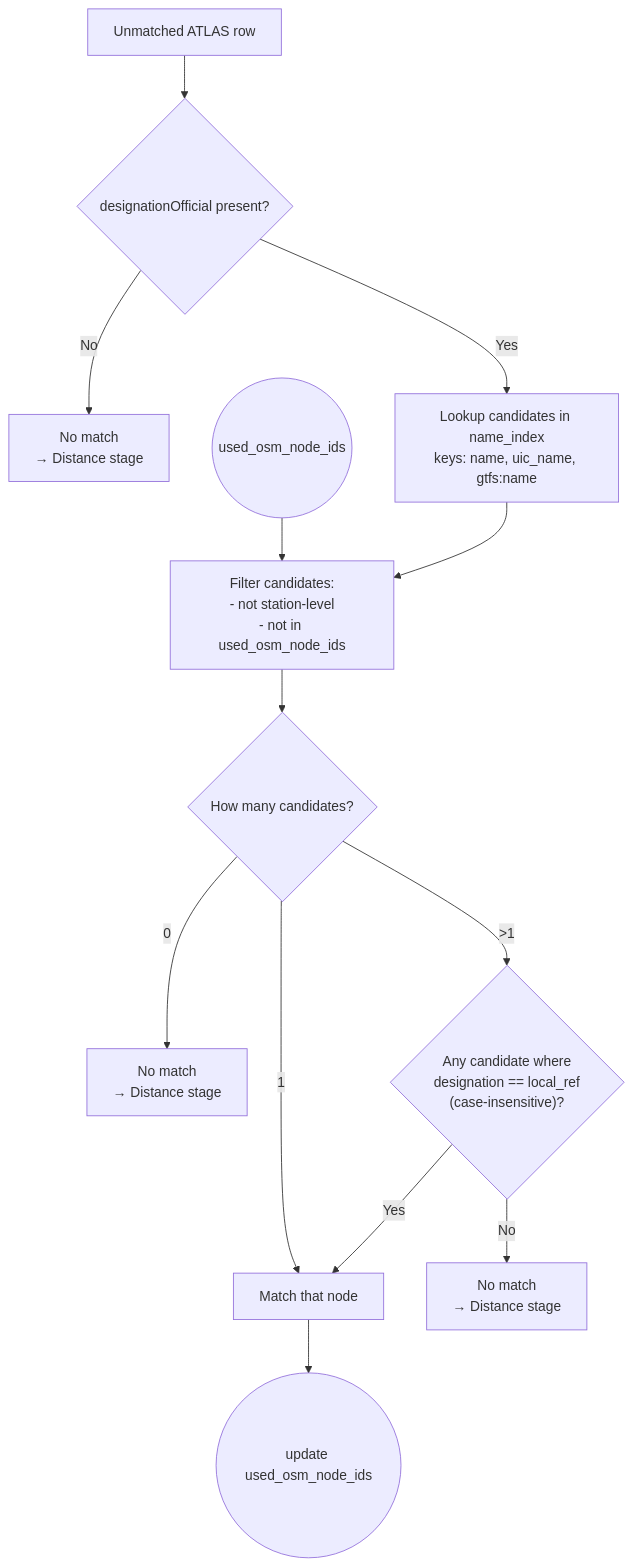
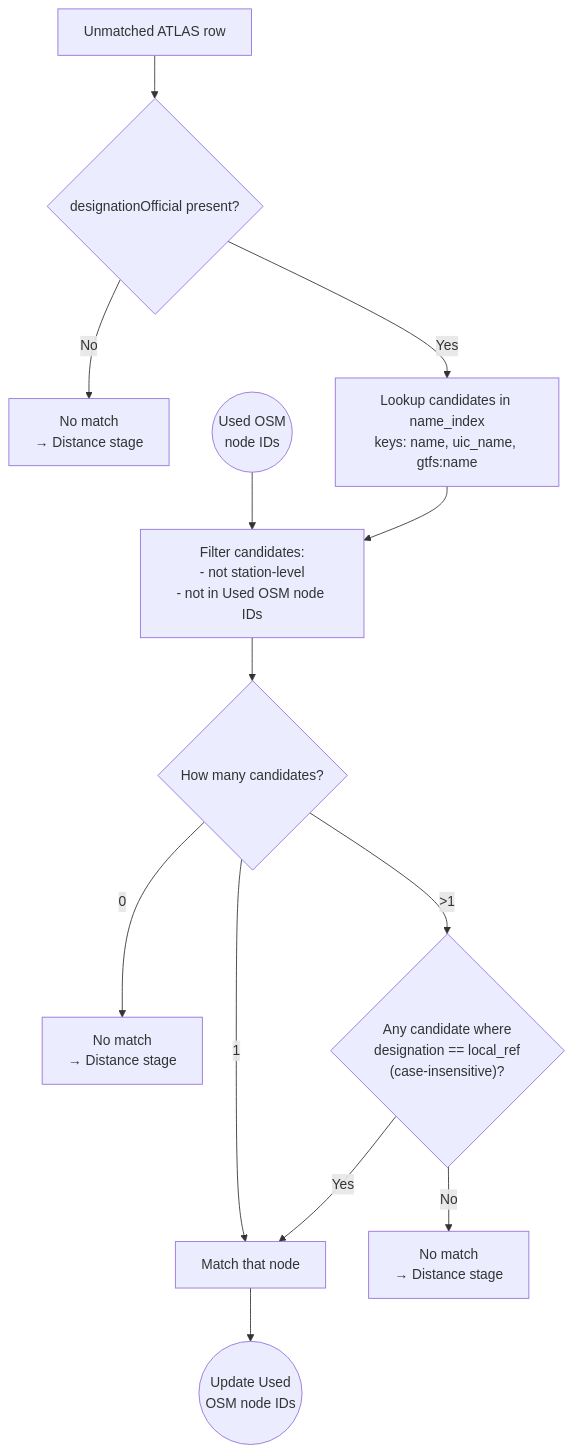
One commit to openTdataCH/stop_sync_osm_atlas changed the diagram in documentation/2.2 Name matching.md. Above: the diagram before and after it, drawn with Mermaid. The commit also changed 6 other files, not shown here.

````diff
--- a/documentation/2.2 Name matching.md
+++ b/documentation/2.2 Name matching.md
@@ -5,15 +5,15 @@
 ```mermaid
 flowchart TB
     A["Unmatched ATLAS row"] --> Z{"designationOfficial present?"}
     Z -->|No| N0["No match<br/>→ Distance stage"]
     Z -->|Yes| K["Lookup candidates in name_index<br/>keys: name, uic_name, gtfs:name"]
-    U((used_osm_node_ids)) --> F
-    K --> F["Filter candidates:<br/>- not station-level<br/>- not in used_osm_node_ids"]
+    U(("Used OSM<br/>node IDs")) --> F
+    K --> F["Filter candidates:<br/>- not station-level<br/>- not in Used OSM node IDs"]
     F --> S{"How many candidates?"}
     S -->|0| N1["No match<br/>→ Distance stage"]
     S -->|1| M[Match that node]
     S -->|">1"| D{"Any candidate where<br/>designation == local_ref<br/>(case-insensitive)?"}
     D -->|Yes| M
     D -->|No| N2["No match<br/>→ Distance stage"]
-    M --> U2(("update used_osm_node_ids"))
+    M --> U2(("Update Used<br/>OSM node IDs"))
 ```
````
